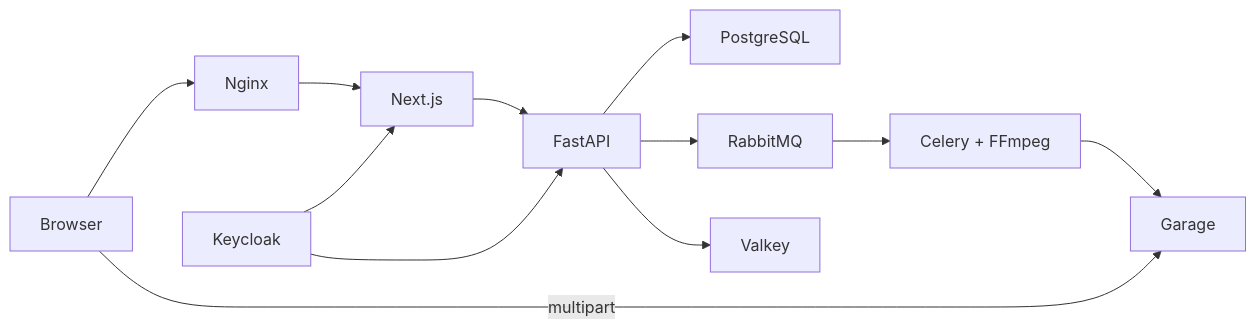
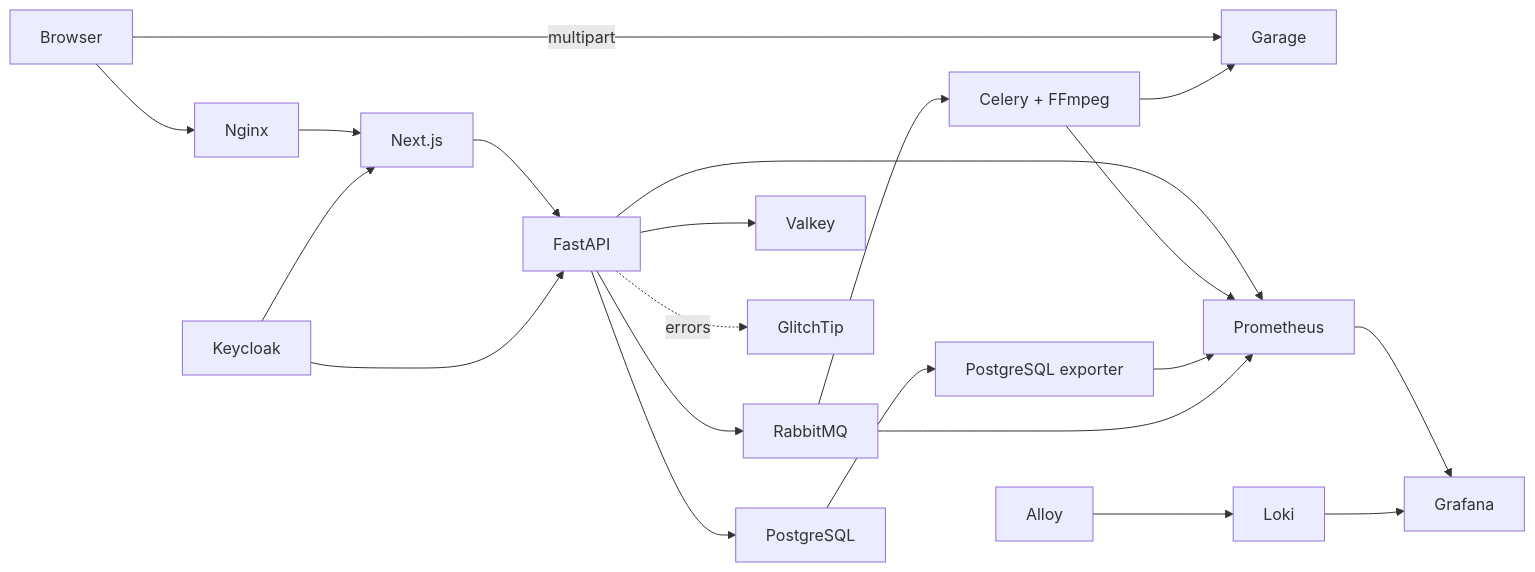
One commit to khanhnkq/feed.io changed the diagram in docs/architecture/system-overview.md. Above: the diagram before and after it, drawn with Mermaid. The commit also changed other lines of this file and 37 other files, not shown here.

````diff
--- a/docs/architecture/system-overview.md
+++ b/docs/architecture/system-overview.md
@@ -3,14 +3,23 @@
 ```mermaid
 flowchart LR
     Browser --> Nginx
     Nginx --> Web[Next.js]
     Web --> API[FastAPI]
     Browser -->|multipart| Garage
     API --> PostgreSQL
     API --> RabbitMQ
     API --> Valkey
     RabbitMQ --> Worker[Celery + FFmpeg]
     Worker --> Garage
     Keycloak --> Web
     Keycloak --> API
+    API --> Prometheus
+    Worker --> Prometheus
+    PostgreSQL --> PostgresExporter[PostgreSQL exporter]
+    PostgresExporter --> Prometheus
+    RabbitMQ --> Prometheus
+    Alloy --> Loki
+    Prometheus --> Grafana
+    Loki --> Grafana
+    API -. errors .-> GlitchTip
 ```
````
